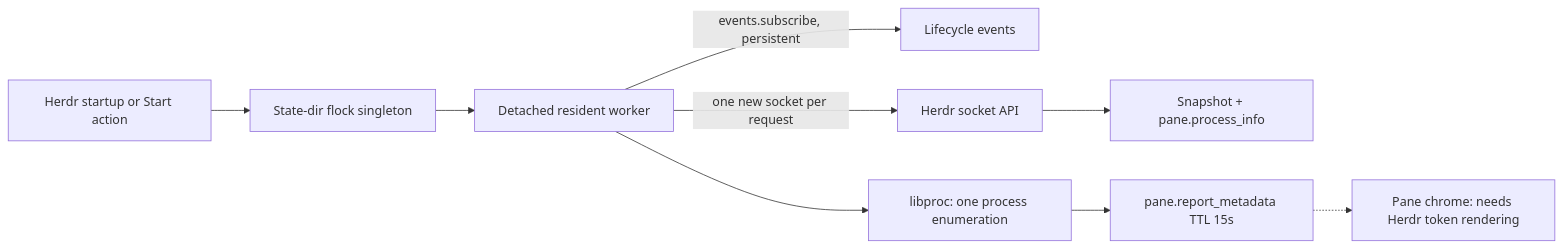
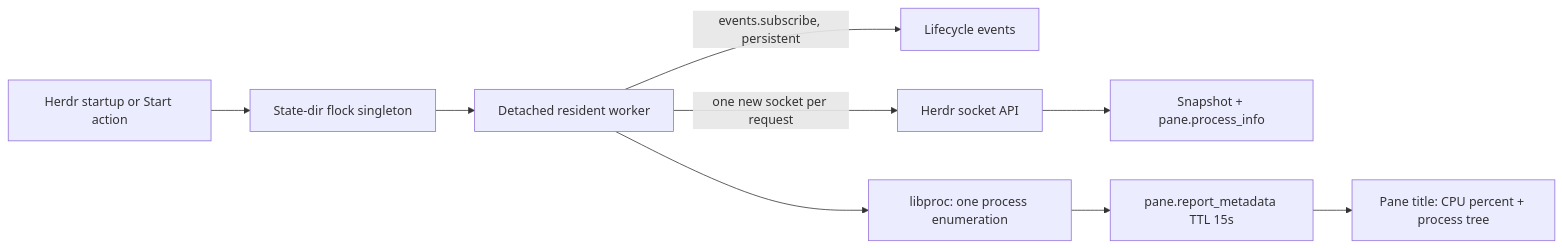
One commit to unphased/vim-config changed the diagram in herdr-plugins/pane-load/README.md. Above: the diagram before and after it, drawn with Mermaid. The commit also changed other lines of this file and 3 other files, not shown here.

First line of the commit message:
Use every Herdr pane title for CPU and process topology

````diff
--- a/herdr-plugins/pane-load/README.md
+++ b/herdr-plugins/pane-load/README.md
@@ -7,11 +7,11 @@
 ```mermaid
 flowchart LR
   Start[Herdr startup or Start action] --> Lock[State-dir flock singleton]
   Lock --> Worker[Detached resident worker]
   Worker -->|events.subscribe, persistent| Events[Lifecycle events]
   Worker -->|one new socket per request| API[Herdr socket API]
   API --> Snapshot[Snapshot + pane.process_info]
   Worker --> Libproc[libproc: one process enumeration]
   Libproc --> Metadata[pane.report_metadata TTL 15s]
-  Metadata -.-> Chrome[Pane chrome: needs Herdr token rendering]
+  Metadata --> Chrome[Pane title: CPU percent + process tree]
 ```
````
